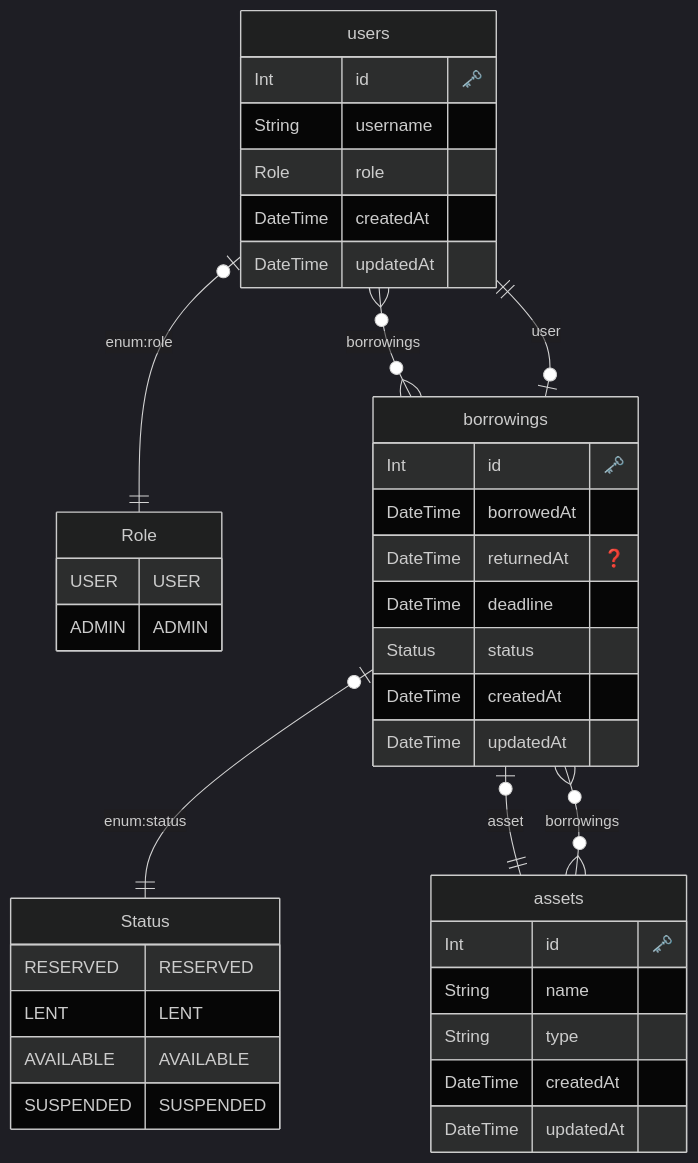
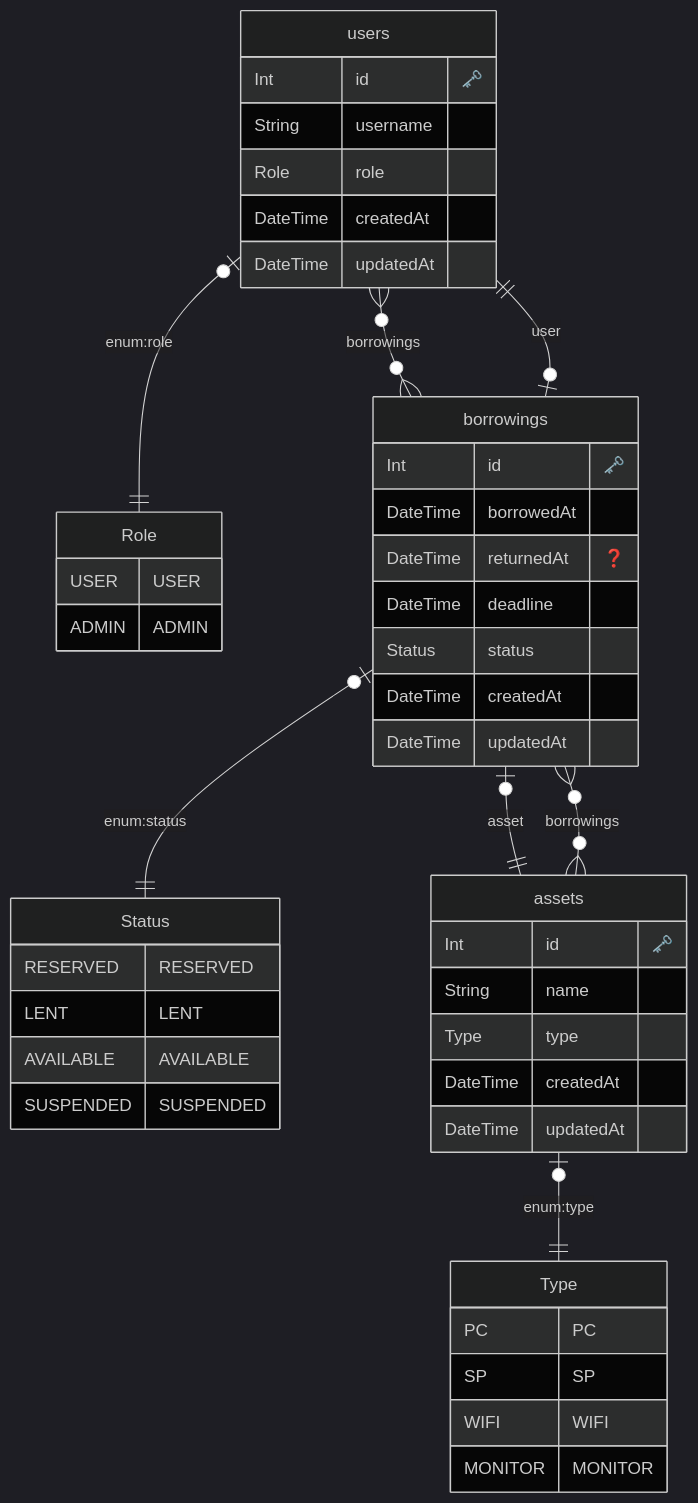
The diagram in src/prisma/scheme.md (Yuki-Maeda-valour/asset-manager), drawn with Mermaid (dark theme) before and after one commit. The commit also changed 4 other files, not shown here.

````diff
--- a/src/prisma/scheme.md
+++ b/src/prisma/scheme.md
@@ -1,52 +1,62 @@
 ```mermaid
 erDiagram
 
         Status {
             RESERVED RESERVED
 LENT LENT
 AVAILABLE AVAILABLE
 SUSPENDED SUSPENDED
         }
     
 
 
         Role {
             USER USER
 ADMIN ADMIN
         }
     
+
+
+        Type {
+            PC PC
+SP SP
+WIFI WIFI
+MONITOR MONITOR
+        }
+    
   "users" {
     Int id "🗝️"
     String username 
     Role role 
     DateTime createdAt 
     DateTime updatedAt 
     }
   
 
   "assets" {
     Int id "🗝️"
     String name 
-    String type 
+    Type type 
     DateTime createdAt 
     DateTime updatedAt 
     }
   
 
   "borrowings" {
     Int id "🗝️"
     DateTime borrowedAt 
     DateTime returnedAt "❓"
     DateTime deadline 
     Status status 
     DateTime createdAt 
     DateTime updatedAt 
     }
   
     "users" o|--|| "Role" : "enum:role"
     "users" o{--}o "borrowings" : "borrowings"
+    "assets" o|--|| "Type" : "enum:type"
     "assets" o{--}o "borrowings" : "borrowings"
     "borrowings" o|--|| "Status" : "enum:status"
     "borrowings" o|--|| "users" : "user"
     "borrowings" o|--|| "assets" : "asset"
 ```
````
